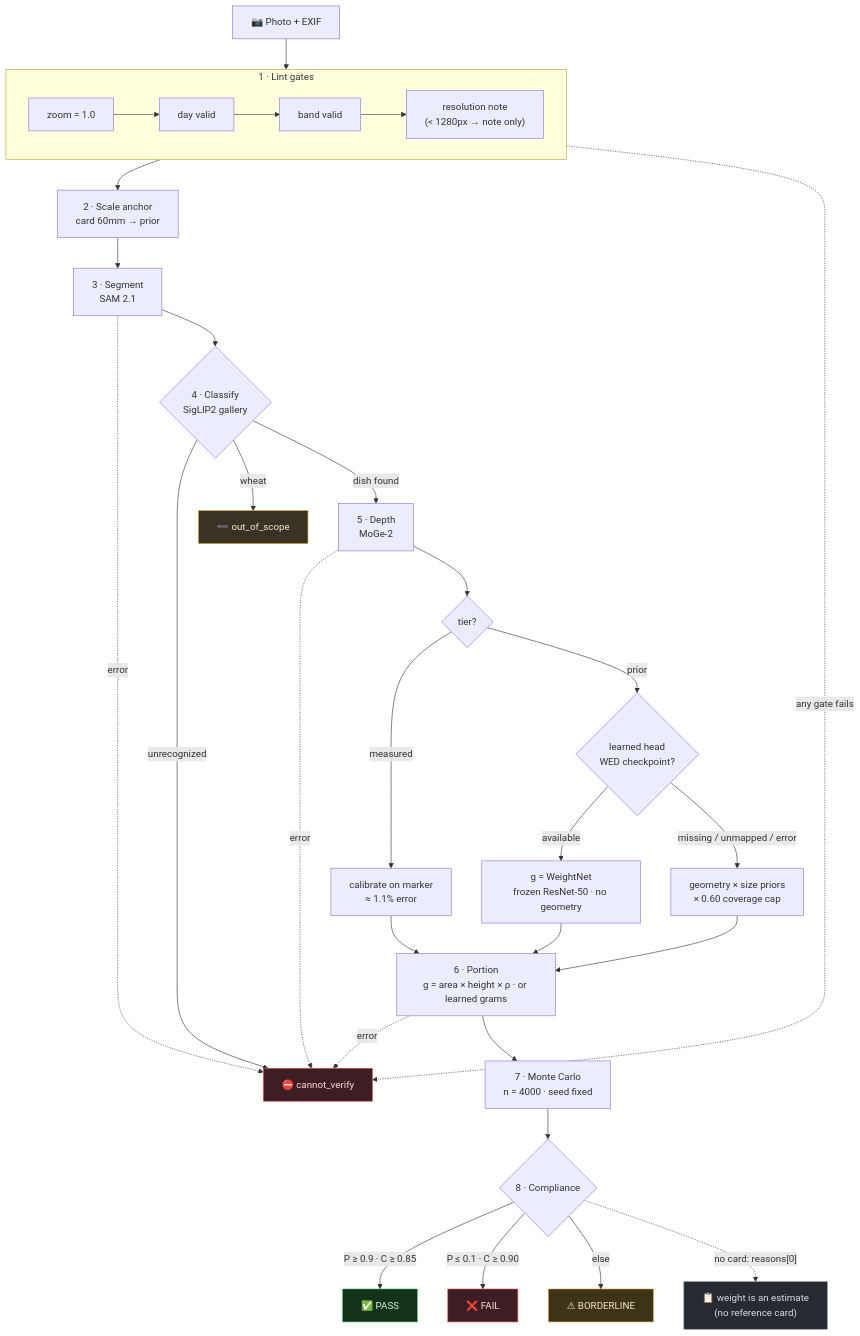
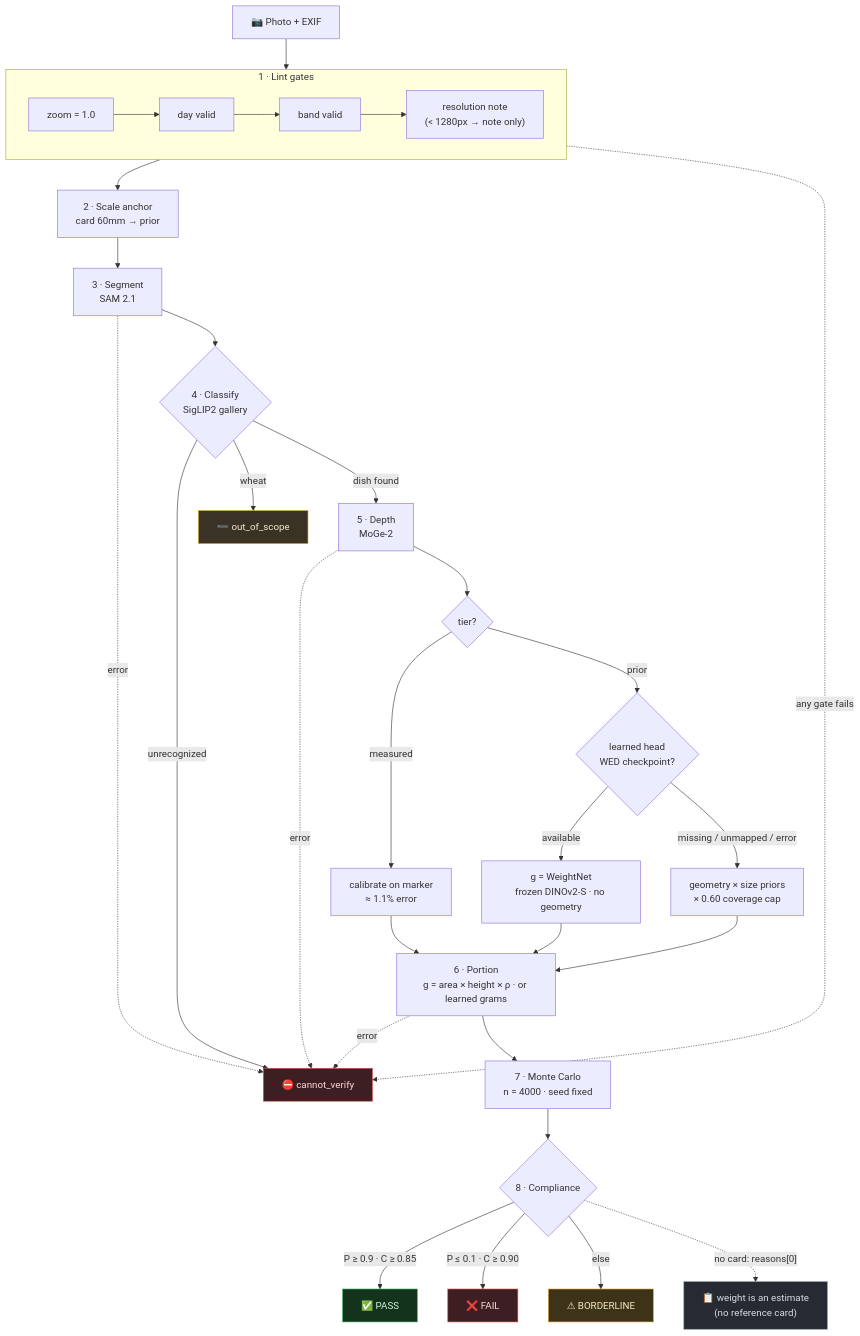
Before and after one commit to Lion4467cat/NutriSense: the diagram in docs/pipeline-test-report.md, drawn with Mermaid. The commit also changed 1 other file, not shown here.

Commit message:
docs: last ResNet-50 mention → DINOv2-S in flowchart; verify + fix limitation gram-error numbers
The pipeline-test-report flowchart still described the deployed weight
head as frozen ResNet-50; the deployed checkpoint is DINOv2-S (ledger 002).
Also tightened the README "how far off predictions can be" block against
a fresh seeded run_eval --tier dev run (papad 1.6 / boondi 2.5 / pickle 3.0 g)
and corrected its source attribution to the fresh run + ledger 001 instead
of the older committed report. All three mermaid diagrams re-validated
with the real mermaid parser.

🤖 Generated with Codebuff

````diff
--- a/docs/pipeline-test-report.md
+++ b/docs/pipeline-test-report.md
@@ -99,50 +99,50 @@
 ```mermaid
 flowchart TD
     IMG["📷 Photo + EXIF"] --> L1
 
     subgraph LINT["1 · Lint gates"]
         direction LR
         L1["zoom = 1.0"] --> L2["day valid"] --> L3["band valid"] --> L4["resolution note<br/>(< 1280px → note only)"]
     end
 
     LINT -.->|"any gate fails"| CV["⛔ cannot_verify"]
     L4 --> A["2 · Scale anchor<br/>card 60mm → prior"]
 
     A --> SEG["3 · Segment<br/>SAM 2.1"]
     SEG -.->|error| CV
     SEG --> CLS{"4 · Classify<br/>SigLIP2 gallery"}
 
     CLS -->|"unrecognized"| CV
     CLS -->|wheat| OOS["➖ out_of_scope"]
     CLS -->|"dish found"| DEPTH["5 · Depth<br/>MoGe-2"]
 
     DEPTH -.->|error| CV
     DEPTH --> TIER{"tier?"}
     TIER -->|measured| CAL["calibrate on marker<br/>≈ 1.1% error"]
     TIER -->|prior| HEAD{"learned head<br/>WED checkpoint?"}
-    HEAD -->|available| LEARN["g = WeightNet<br/>frozen ResNet-50 · no geometry"]
+    HEAD -->|available| LEARN["g = WeightNet<br/>frozen DINOv2-S · no geometry"]
     HEAD -->|missing / unmapped / error| SKIP["geometry × size priors<br/>× 0.60 coverage cap"]
     LEARN --> PORT
     SKIP --> PORT
     CAL --> PORT["6 · Portion<br/>g = area × height × ρ · or learned grams"]
     PORT -.->|error| CV
     PORT --> MC["7 · Monte Carlo<br/>n = 4000 · seed fixed"]
 
     MC --> VER{"8 · Compliance"}
     VER -->|"P ≥ 0.9 · C ≥ 0.85"| PASS["✅ PASS"]
     VER -->|"P ≤ 0.1 · C ≥ 0.90"| FAIL["❌ FAIL"]
     VER -->|else| BORD["⚠ BORDERLINE"]
     VER -.->|"no card: reasons[0]"| DISC["📋 weight is an estimate<br/>(no reference card)"]
 
     classDef err fill:#3d1f23,stroke:#e05252,color:#ffd9d9
     classDef oos fill:#3a3325,stroke:#c9a227,color:#f5e9c8
     classDef ok fill:#14331c,stroke:#3fae62,color:#d4f5df
     classDef warn fill:#3d3319,stroke:#d9a13a,color:#fae9c4
     classDef neutral fill:#262b33,stroke:#8b93a7,color:#d7dbe4
     class CV err
     class OOS oos
     class PASS ok
     class FAIL err
     class BORD warn
     class DISC neutral
 ```
````
